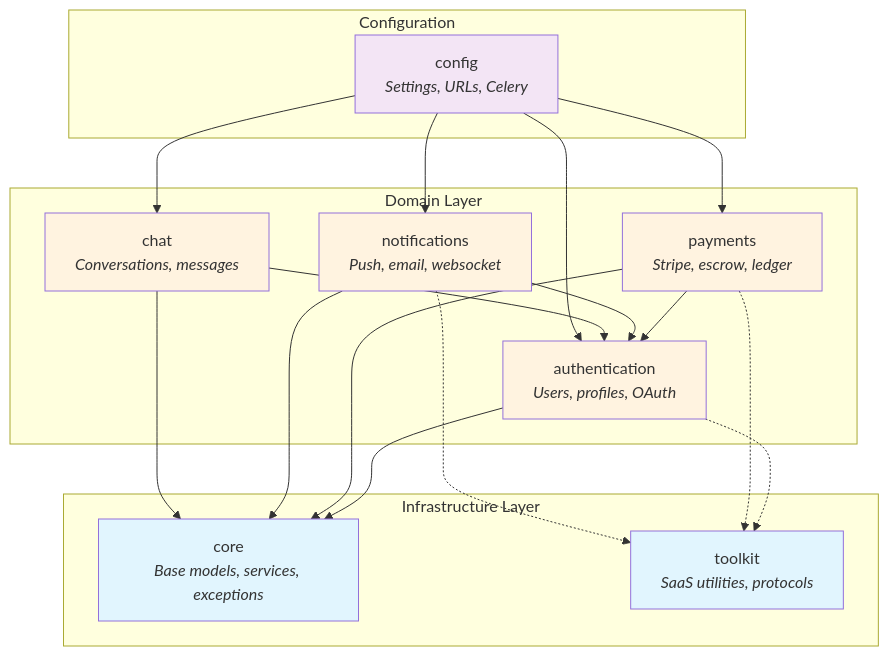
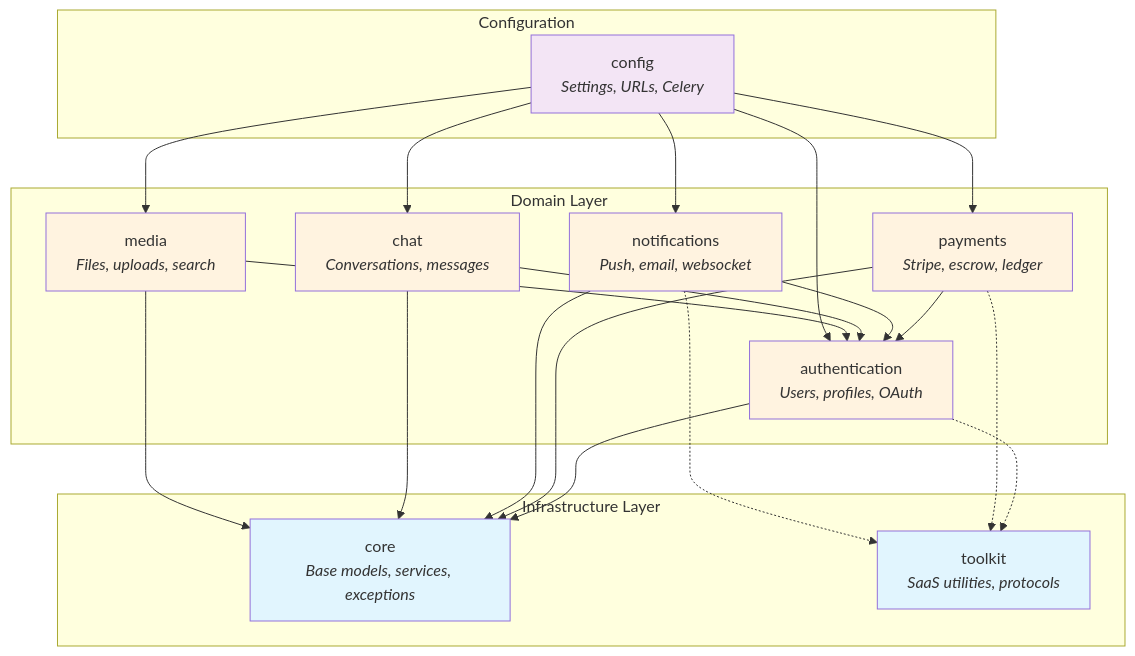
One commit to vuongdovu/soundwalkbackend changed the second of 7 diagrams in ARCHITECTURE.md. Above: the diagram before and after it, drawn with Mermaid. The commit also changed other lines of this file and 19 other files, not shown here.

First line of the commit message:
Add full-text search, API documentation, and architecture docs

````diff
--- a/ARCHITECTURE.md
+++ b/ARCHITECTURE.md
@@ -102,48 +102,53 @@
 ```mermaid
 flowchart TD
     subgraph Infrastructure["Infrastructure Layer"]
         core[core<br/><i>Base models, services, exceptions</i>]
         toolkit[toolkit<br/><i>SaaS utilities, protocols</i>]
     end
 
     subgraph Domain["Domain Layer"]
         auth[authentication<br/><i>Users, profiles, OAuth</i>]
         payments[payments<br/><i>Stripe, escrow, ledger</i>]
         notifications[notifications<br/><i>Push, email, websocket</i>]
         chat[chat<br/><i>Conversations, messages</i>]
+        media[media<br/><i>Files, uploads, search</i>]
     end
 
     subgraph Config["Configuration"]
         config[config<br/><i>Settings, URLs, Celery</i>]
     end
 
     %% Core dependencies
     auth --> core
     payments --> core
     notifications --> core
     chat --> core
+    media --> core
 
     %% Auth dependencies
     payments --> auth
     notifications --> auth
     chat --> auth
+    media --> auth
 
     %% Toolkit is used by domain apps
     auth -.-> toolkit
     payments -.-> toolkit
     notifications -.-> toolkit
 
     %% Config orchestrates everything
     config --> auth
     config --> payments
     config --> notifications
     config --> chat
+    config --> media
 
     style core fill:#e1f5fe
     style toolkit fill:#e1f5fe
     style auth fill:#fff3e0
     style payments fill:#fff3e0
     style notifications fill:#fff3e0
     style chat fill:#fff3e0
+    style media fill:#fff3e0
     style config fill:#f3e5f5
 ```
````
